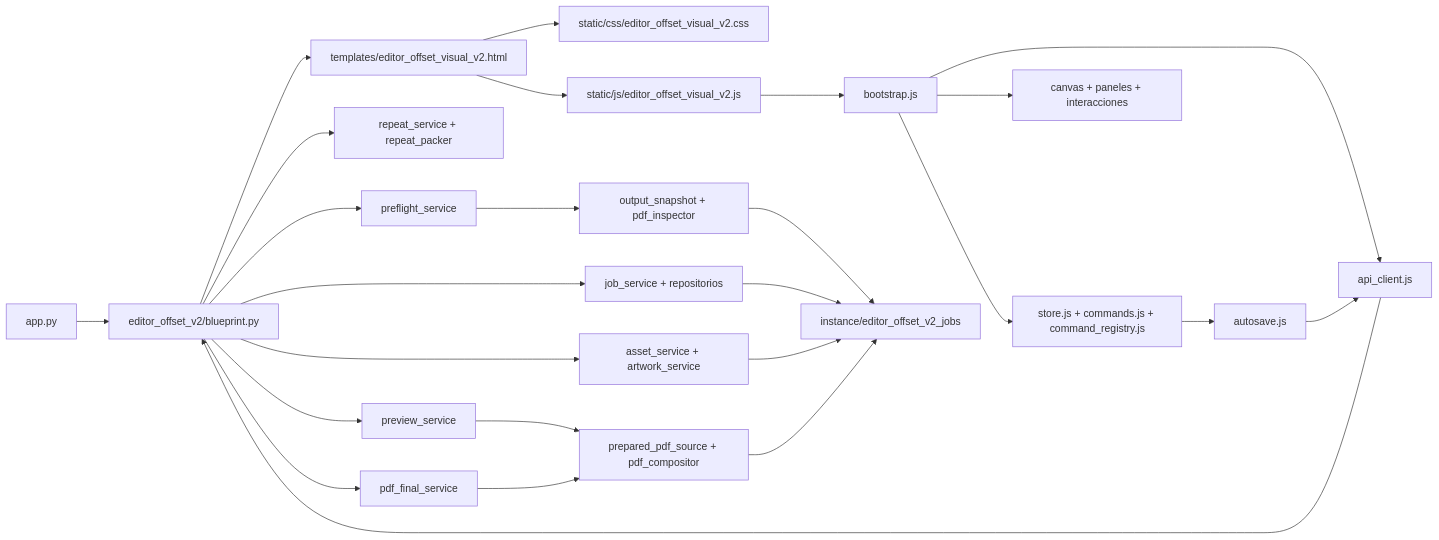
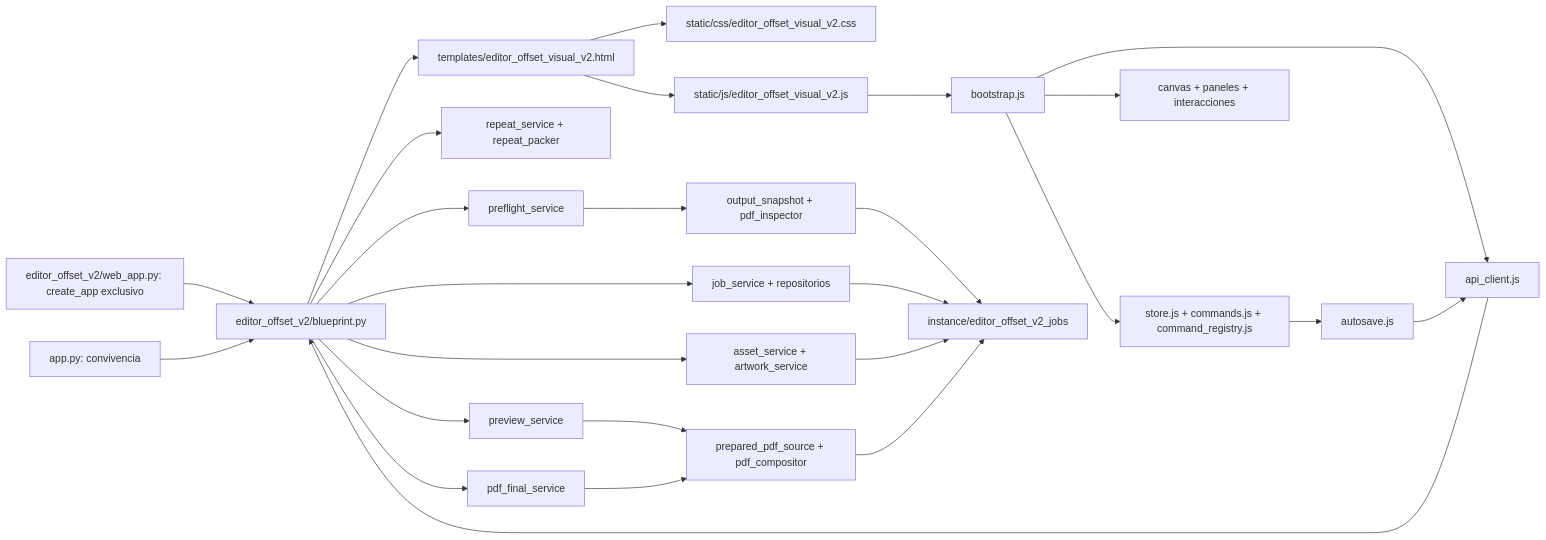
Before and after one commit to Anibalmartineez/revista-montaje-ai: the diagram in DOCS/OFFSET/V2/44_MAPA_CONEXIONES_EDITOR_OFFSET_V2.md, drawn with Mermaid. The commit also changed other lines of this file and 13 other files, not shown here.

````diff
--- a/DOCS/OFFSET/V2/44_MAPA_CONEXIONES_EDITOR_OFFSET_V2.md
+++ b/DOCS/OFFSET/V2/44_MAPA_CONEXIONES_EDITOR_OFFSET_V2.md
@@ -7,27 +7,28 @@
 ```mermaid
 flowchart LR
-  APP[app.py] --> BP[editor_offset_v2/blueprint.py]
+  HOST[editor_offset_v2/web_app.py: create_app exclusivo] --> BP[editor_offset_v2/blueprint.py]
+  APP[app.py: convivencia] --> BP
   BP --> HTML[templates/editor_offset_visual_v2.html]
   HTML --> CSS[static/css/editor_offset_visual_v2.css]
   HTML --> ENTRY[static/js/editor_offset_visual_v2.js]
   ENTRY --> BOOT[bootstrap.js]
   BOOT --> STORE[store.js + commands.js + command_registry.js]
   BOOT --> UI[canvas + paneles + interacciones]
   BOOT --> API[api_client.js]
   STORE --> SAVE[autosave.js]
   SAVE --> API
   API --> BP
   BP --> JOB[job_service + repositorios]
   BP --> ASSET[asset_service + artwork_service]
   BP --> REPEAT[repeat_service + repeat_packer]
   BP --> PREF[preflight_service]
   BP --> PREVIEW[preview_service]
   BP --> PDF[pdf_final_service]
   PREF --> SNAP[output_snapshot + pdf_inspector]
   PREVIEW --> COMPOSE[prepared_pdf_source + pdf_compositor]
   PDF --> COMPOSE
   SNAP --> FILES[instance/editor_offset_v2_jobs]
   JOB --> FILES
   ASSET --> FILES
   COMPOSE --> FILES
 ```
````
